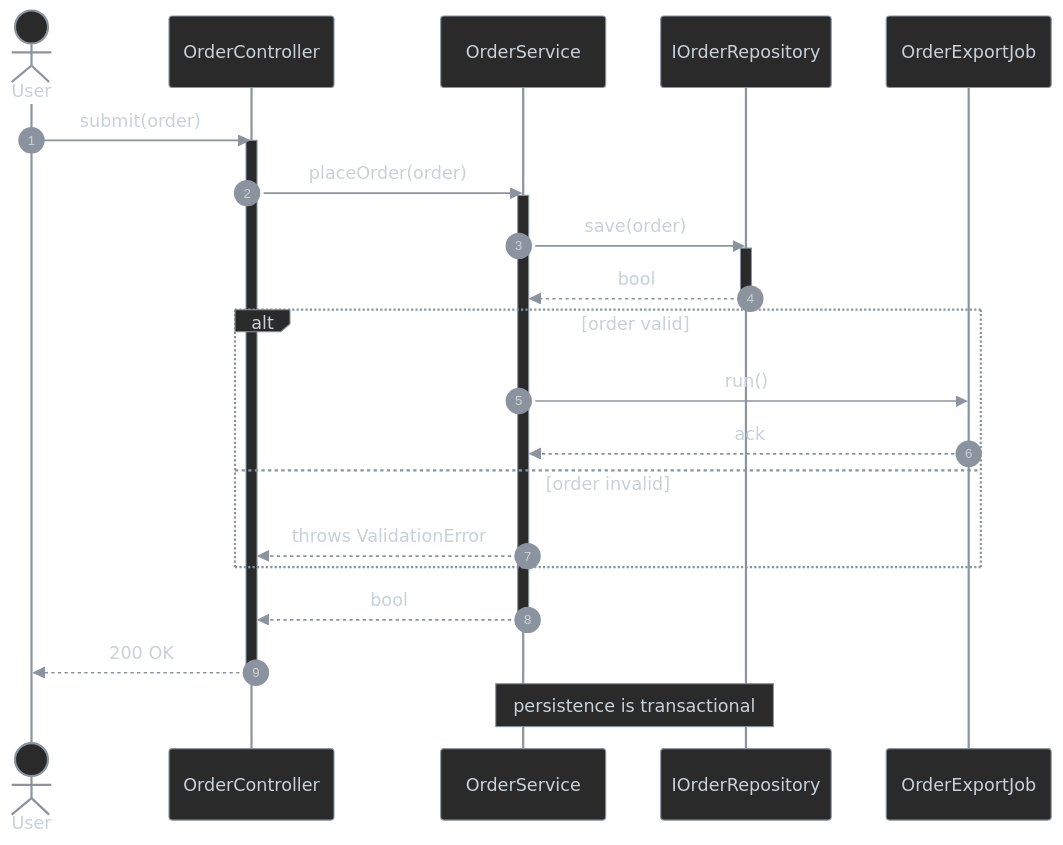
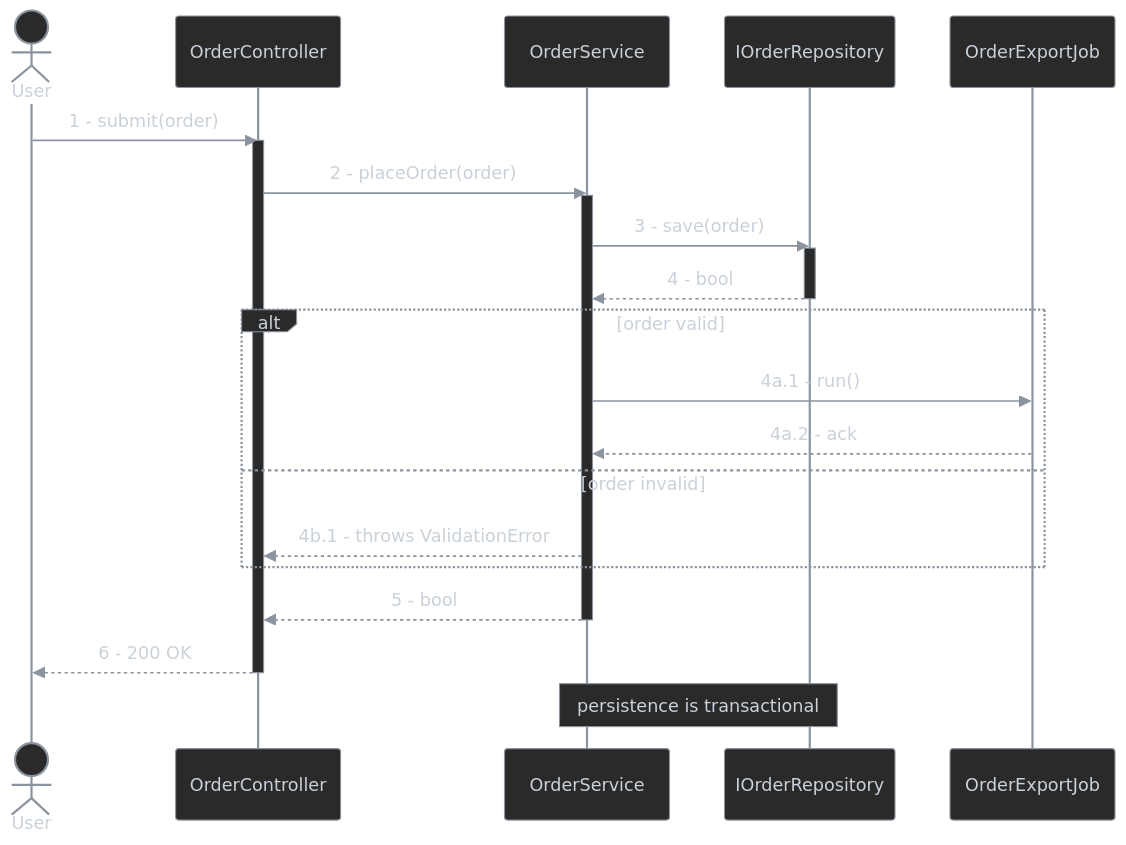
One commit to antshc/brain changed the seventh of 8 diagrams in plugins/wf/skills/doc-behavior-diagram/README.md. Above: the diagram before and after it, drawn with Mermaid. The commit also changed other lines of this file, not shown here.

Commit message:
Update behavior diagram examples with hierarchical step numbering for clarity

````diff
--- a/plugins/wf/skills/doc-behavior-diagram/README.md
+++ b/plugins/wf/skills/doc-behavior-diagram/README.md
@@ -228,41 +231,39 @@
 ```mermaid
 %%{init: {'themeVariables': {
     'lineColor': '#8b949e',
     'actorBkg': '#2a2a2a', 'actorBorder': '#8b949e', 'actorTextColor': '#c9d1d9', 'actorLineColor': '#8b949e',
     'signalColor': '#8b949e', 'signalTextColor': '#c9d1d9',
     'labelBoxBkgColor': '#2a2a2a', 'labelBoxBorderColor': '#8b949e', 'labelTextColor': '#c9d1d9',
     'loopTextColor': '#c9d1d9',
     'noteBkgColor': '#2a2a2a', 'noteBorderColor': '#8b949e', 'noteTextColor': '#c9d1d9',
-    'activationBorderColor': '#8b949e', 'activationBkgColor': '#2a2a2a',
-    'sequenceNumberColor': '#c9d1d9'
+    'activationBorderColor': '#8b949e', 'activationBkgColor': '#2a2a2a'
 }}}%%
 %% diagram-id: order-submission-sequence
 sequenceDiagram
-    autonumber
     actor User
     participant Api as OrderController
     participant Svc as OrderService
     participant Repo as IOrderRepository
     participant Queue as OrderExportJob
 
-    User->>Api: submit(order)
+    User->>Api: 1 - submit(order)
     activate Api
-    Api->>Svc: placeOrder(order)
+    Api->>Svc: 2 - placeOrder(order)
     activate Svc
-    Svc->>Repo: save(order)
+    Svc->>Repo: 3 - save(order)
     activate Repo
-    Repo-->>Svc: bool
+    Repo-->>Svc: 4 - bool
     deactivate Repo
     alt order valid
-        Svc->>Queue: run()
-        Queue-->>Svc: ack
+        Svc->>Queue: 4a.1 - run()
+        Queue-->>Svc: 4a.2 - ack
     else order invalid
-        Svc-->>Api: throws ValidationError
+        Svc-->>Api: 4b.1 - throws ValidationError
     end
-    Svc-->>Api: bool
+    Svc-->>Api: 5 - bool
     deactivate Svc
-    Api-->>User: 200 OK
+    Api-->>User: 6 - 200 OK
     deactivate Api
 
     note over Svc,Repo: persistence is transactional
 ```
````
